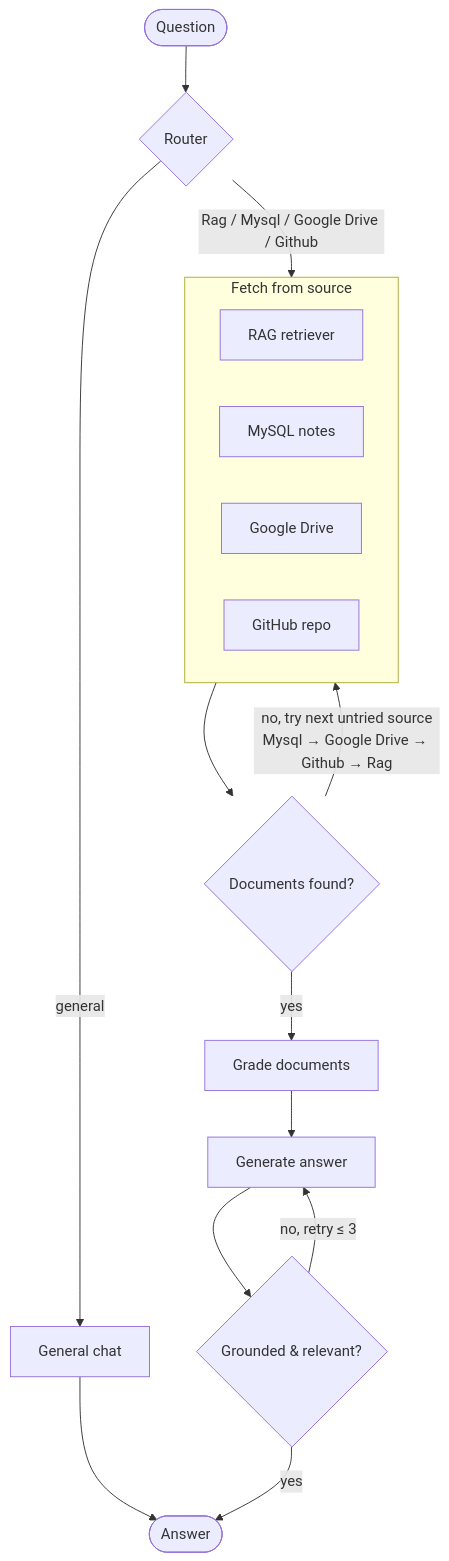
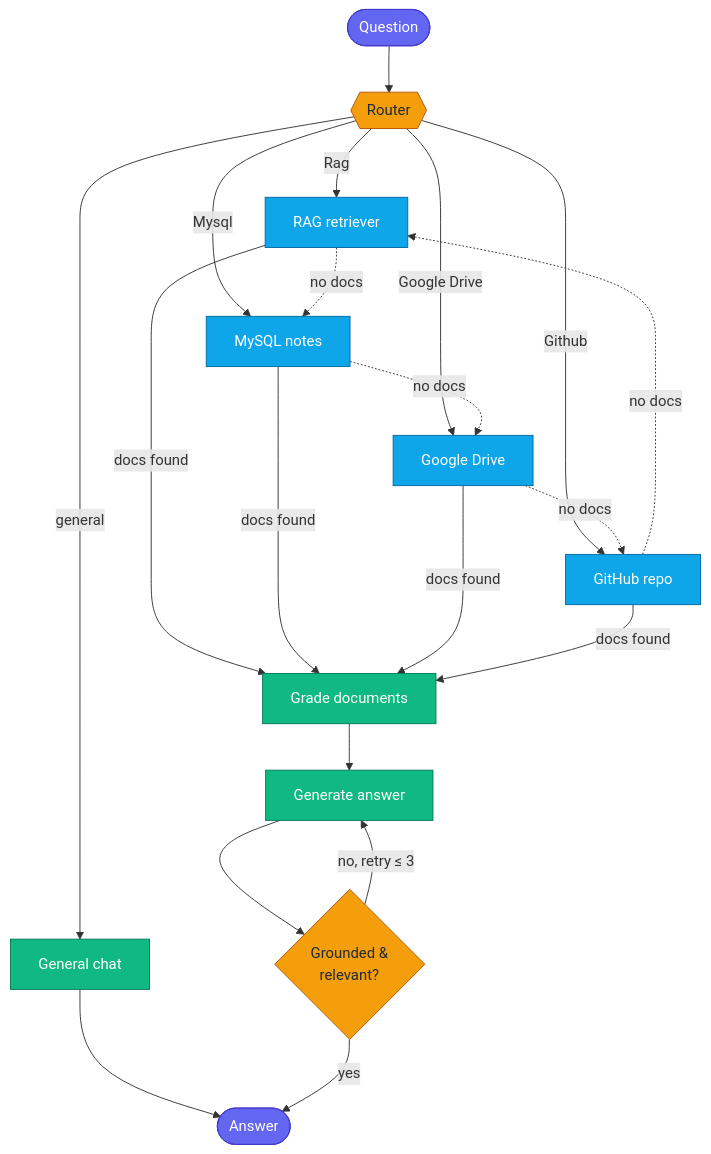
The diagram in README.md (SalahJamal1/Agentic-RAG-Nexus), drawn with Mermaid before and after one commit.

````diff
--- a/README.md
+++ b/README.md
@@ -10,26 +10,37 @@
 ```mermaid
 flowchart TD
-    Start([Question]) --> Router{Router}
+    Start([Question]) --> Router{{Router}}
 
-    Router -->|general| General[General chat]
-    General --> End([Answer])
+    Router -- general --> General[General chat]
+    General --> Answer([Answer])
 
-    Router -->|Rag / Mysql / Google Drive / Github| Source
+    Router -- Rag --> RAG[RAG retriever]
+    Router -- Mysql --> MYSQL[MySQL notes]
+    Router -- "Google Drive" --> DRIVE[Google Drive]
+    Router -- Github --> GITHUB[GitHub repo]
 
-    subgraph Source[Fetch from source]
-        direction LR
-        RAG[RAG retriever]
-        MYSQL[MySQL notes]
-        DRIVE[Google Drive]
-        GITHUB[GitHub repo]
-    end
+    MYSQL -. no docs .-> DRIVE
+    DRIVE -. no docs .-> GITHUB
+    GITHUB -. no docs .-> RAG
+    RAG -. no docs .-> MYSQL
 
-    Source --> Decide{Documents found?}
-    Decide -->|no, try next untried source<br/>Mysql → Google Drive → Github → Rag| Source
-    Decide -->|yes| Grade[Grade documents]
+    RAG -- docs found --> Grade[Grade documents]
+    MYSQL -- docs found --> Grade
+    DRIVE -- docs found --> Grade
+    GITHUB -- docs found --> Grade
 
     Grade --> Generate[Generate answer]
-    Generate --> Check{Grounded & relevant?}
-    Check -->|no, retry ≤ 3| Generate
-    Check -->|yes| End
+    Generate --> Check{Grounded &<br/>relevant?}
+    Check -- "no, retry ≤ 3" --> Generate
+    Check -- yes --> Answer
+
+    classDef terminal fill:#6366f1,stroke:#4338ca,color:#fff
+    classDef decision fill:#f59e0b,stroke:#b45309,color:#1f2937
+    classDef source fill:#0ea5e9,stroke:#0369a1,color:#fff
+    classDef action fill:#10b981,stroke:#047857,color:#fff
+
+    class Start,Answer terminal
+    class Router,Check decision
+    class RAG,MYSQL,DRIVE,GITHUB source
+    class General,Grade,Generate action
 ```
````
